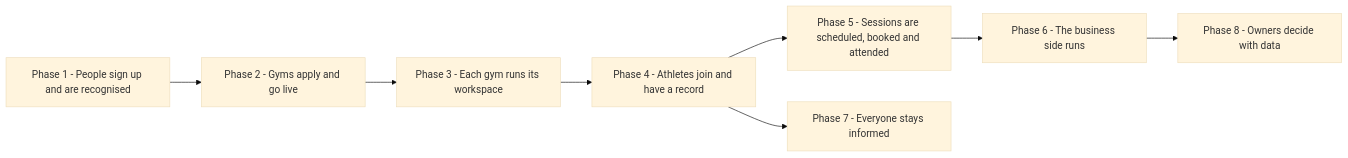
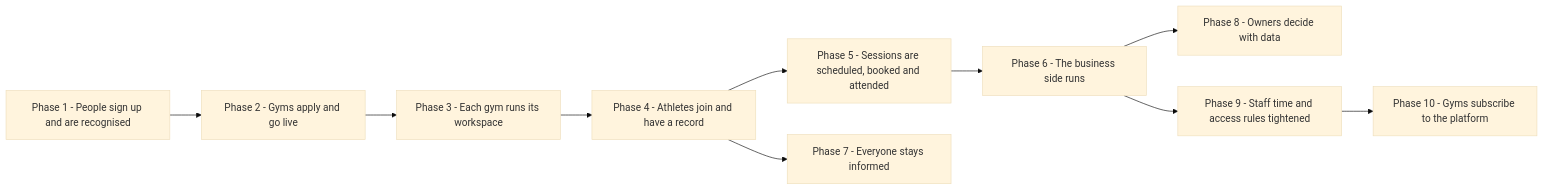
One commit to ChocooChocoo/project-combat changed diagram 11 of 13 in docs/ANALYSIS - COMBAT SPORTS PLATFORM/04 - DIAGRAMS/04 - DIAGRAMS.md. Above: the diagram before and after it, drawn with Mermaid (base theme). The commit also changed other lines of this file and 59 other files, not shown here.

````diff
--- a/docs/ANALYSIS - COMBAT SPORTS PLATFORM/04 - DIAGRAMS/04 - DIAGRAMS.md
+++ b/docs/ANALYSIS - COMBAT SPORTS PLATFORM/04 - DIAGRAMS/04 - DIAGRAMS.md
@@ -363,19 +363,23 @@
 ```mermaid
 flowchart LR
     p1["Phase 1 - People sign up and are recognised"]
     p2["Phase 2 - Gyms apply and go live"]
     p3["Phase 3 - Each gym runs its workspace"]
     p4["Phase 4 - Athletes join and have a record"]
     p5["Phase 5 - Sessions are scheduled, booked and attended"]
     p6["Phase 6 - The business side runs"]
     p7["Phase 7 - Everyone stays informed"]
     p8["Phase 8 - Owners decide with data"]
+    p9["Phase 9 - Staff time and access rules tightened"]
+    p10["Phase 10 - Gyms subscribe to the platform"]
 
     p1 --> p2
     p2 --> p3
     p3 --> p4
     p4 --> p5
     p5 --> p6
     p4 --> p7
     p6 --> p8
+    p6 --> p9
+    p9 --> p10
 ```
````
